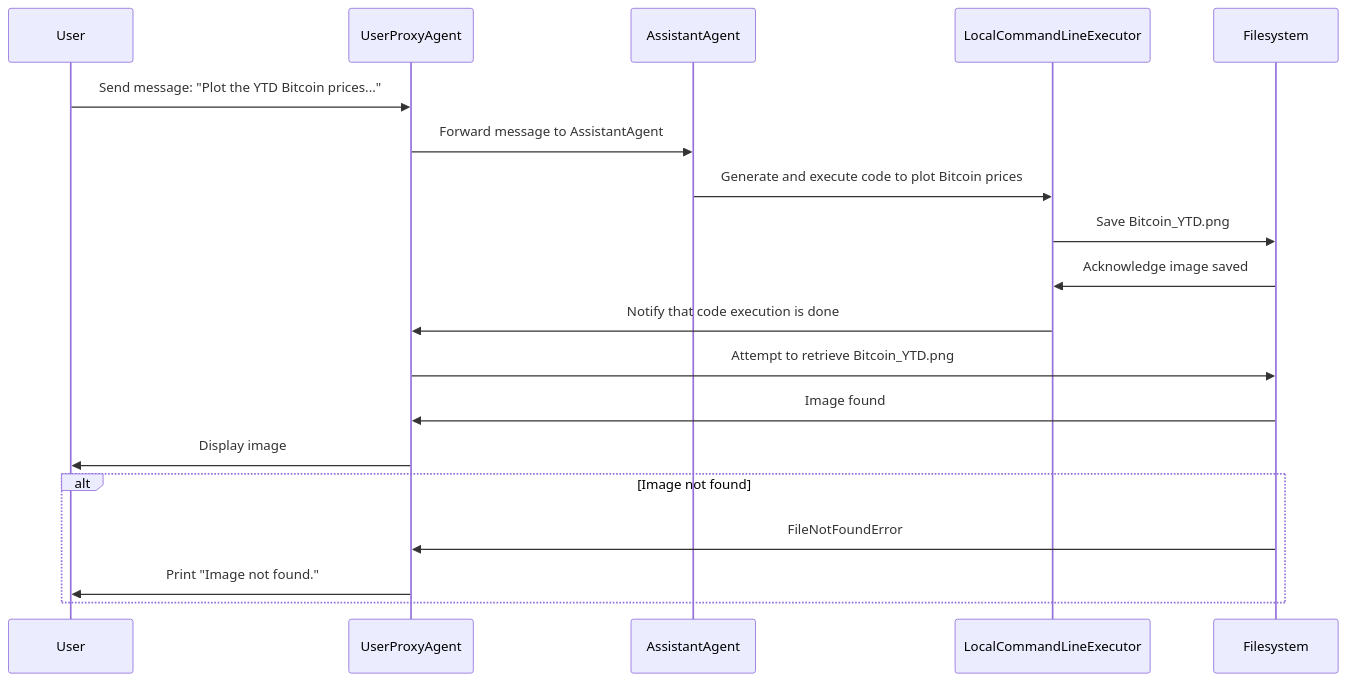
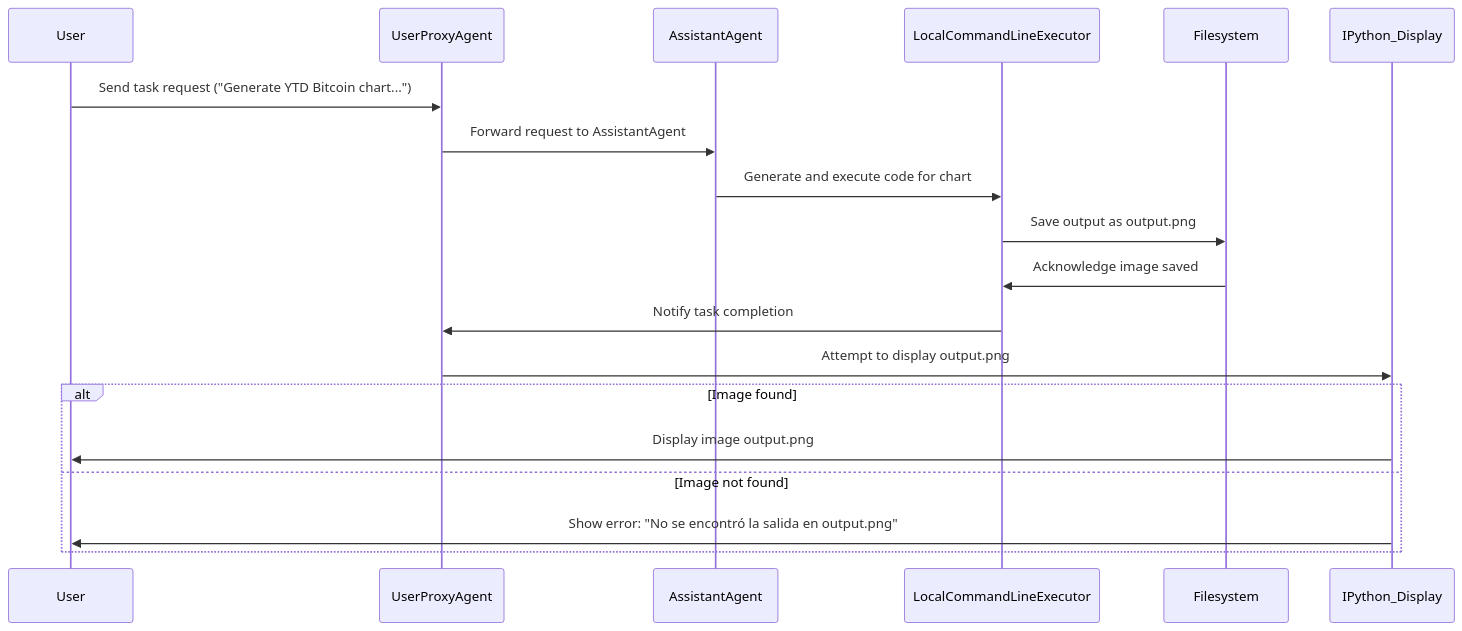
The first of 2 diagrams in README.md (GTuritto/Demos4Course), drawn with Mermaid before and after one commit. The commit also changed other lines of this file, not shown here.

````diff
--- a/README.md
+++ b/README.md
@@ -22,23 +24,23 @@
 ```mermaid
 sequenceDiagram
     participant User
     participant UserProxyAgent
     participant AssistantAgent
     participant LocalCommandLineExecutor
     participant Filesystem
+    participant IPython_Display
 
-    User ->> UserProxyAgent: Send message: "Plot the YTD Bitcoin prices..."
-    UserProxyAgent ->> AssistantAgent: Forward message to AssistantAgent
-    AssistantAgent ->> LocalCommandLineExecutor: Generate and execute code to plot Bitcoin prices
-    LocalCommandLineExecutor ->> Filesystem: Save Bitcoin_YTD.png
+    User ->> UserProxyAgent: Send task request ("Generate YTD Bitcoin chart...")
+    UserProxyAgent ->> AssistantAgent: Forward request to AssistantAgent
+    AssistantAgent ->> LocalCommandLineExecutor: Generate and execute code for chart
+    LocalCommandLineExecutor ->> Filesystem: Save output as output.png
     Filesystem ->> LocalCommandLineExecutor: Acknowledge image saved
-    LocalCommandLineExecutor ->> UserProxyAgent: Notify that code execution is done
-    UserProxyAgent ->> Filesystem: Attempt to retrieve Bitcoin_YTD.png
-    Filesystem ->> UserProxyAgent: Image found
-    UserProxyAgent ->> User: Display image
-    alt Image not found
-        Filesystem ->> UserProxyAgent: FileNotFoundError
-        UserProxyAgent ->> User: Print "Image not found."
+    LocalCommandLineExecutor ->> UserProxyAgent: Notify task completion
+    UserProxyAgent ->> IPython_Display: Attempt to display output.png
+    alt Image found
+        IPython_Display ->> User: Display image output.png
+    else Image not found
+        IPython_Display ->> User: Show error: "No se encontró la salida en output.png"
     end
 
 ```
````
